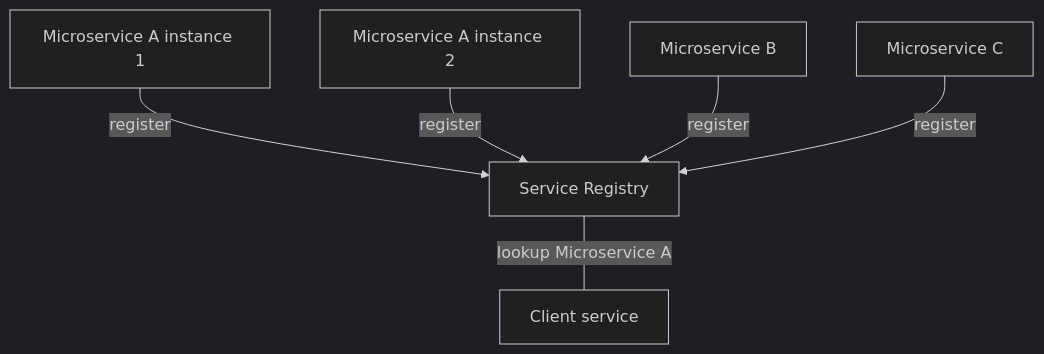
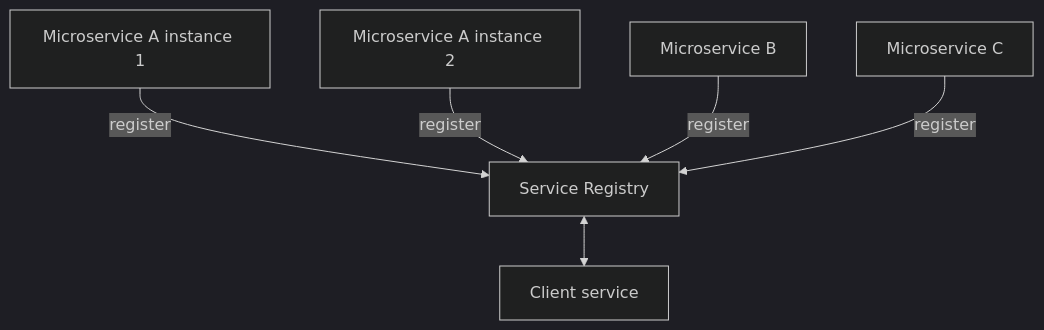
One commit to sonamsamdupkhangsar/sonamsamdupkhangsar.github.io changed the diagram in service-discovery/README.md. Above: the diagram before and after it, drawn with Mermaid (dark theme).

Commit message:
add service discovery

````diff
--- a/service-discovery/README.md
+++ b/service-discovery/README.md
@@ -8,15 +8,15 @@
 ```mermaid
 flowchart TD   
     A1[Microservice A instance 1]
     A2[Microservice A instance 2]
     B[Microservice B]
     C[Microservice C]
     Eureka[Service Registry]
     D[Client service] 
 
     A1 --> |register| Eureka
     A2 --> |register| Eureka
     B --> |register| Eureka
     C --> |register| Eureka
-    Eureka ---|lookup Microservice A| D
+    Eureka <--> D
 ``` 
````
